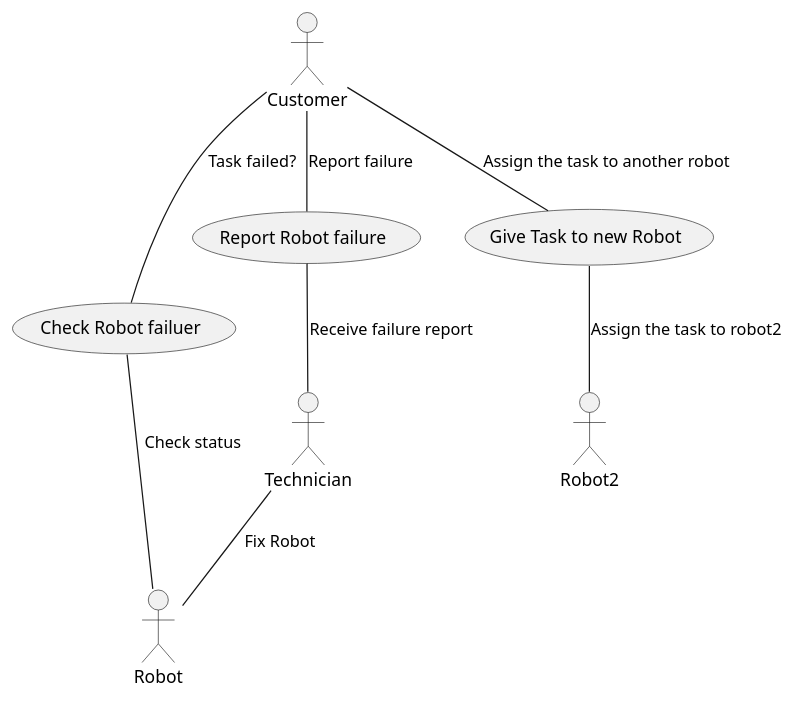
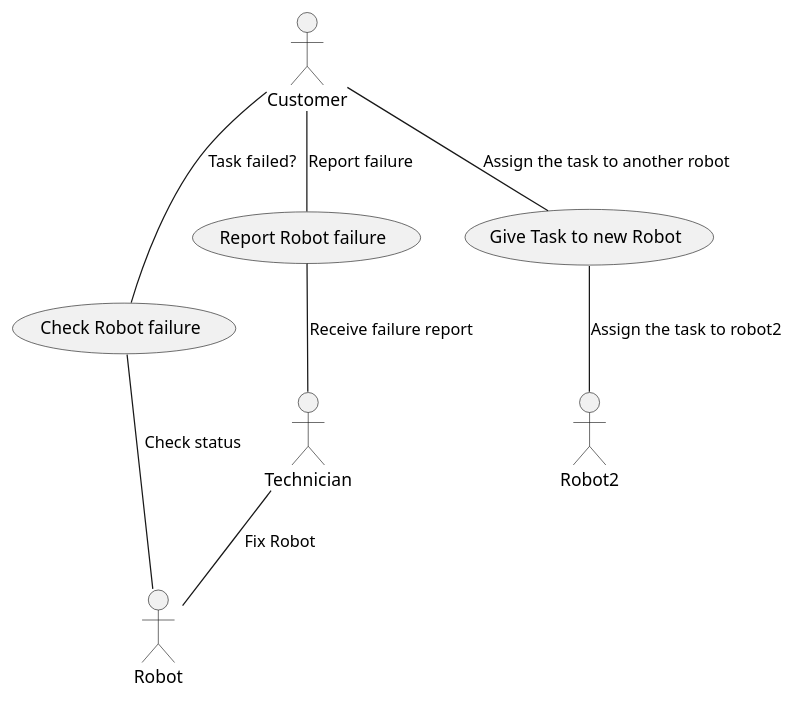
One commit to ur-cs-courses/course-project-catch-up changed the diagram in docs/design/usecases/usecase5.puml. Above: the diagram before and after it, drawn with PlantUML. The commit also changed 22 other files, not shown here.

```diff
--- a/docs/design/usecases/usecase5.puml
+++ b/docs/design/usecases/usecase5.puml
@@ -1,23 +1,23 @@
 @startuml
 
 actor Customer as C
 actor Robot as R 
 actor Technician as T
 actor Robot2 as R2
 
 
 
-usecase Check as "Check Robot failuer"
-usecase Reprot as "Report Robot failure"
+usecase Check as "Check Robot failure"
+usecase Report as "Report Robot failure"
 usecase Give as "Give Task to new Robot"
 
 C -- Check: "Task failed?"
 Check -- R: "Check status"
 
-C -- Reprot: "Report failure"
-Reprot -- T: "Receive failure report"
+C -- Report: "Report failure"
+Report -- T: "Receive failure report"
 
 C -- Give: "Assign the task to another robot"
 Give -- R2 : "Assign the task to robot2" 
 T-- R: "Fix Robot"
 @enduml
```
